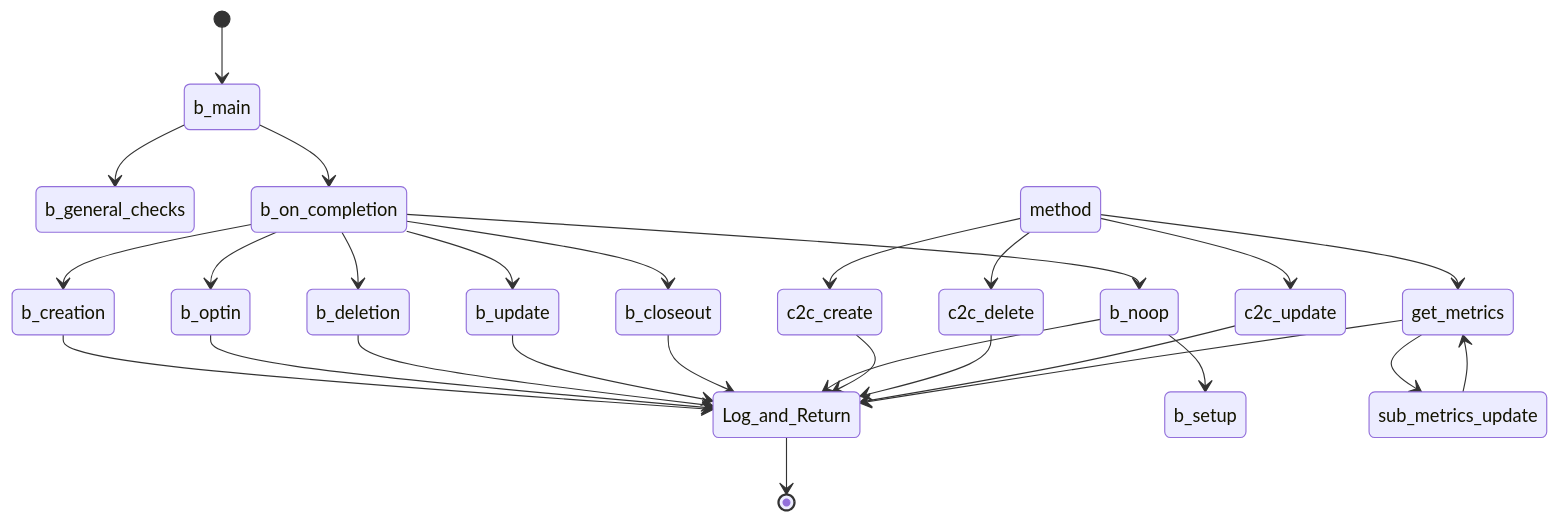
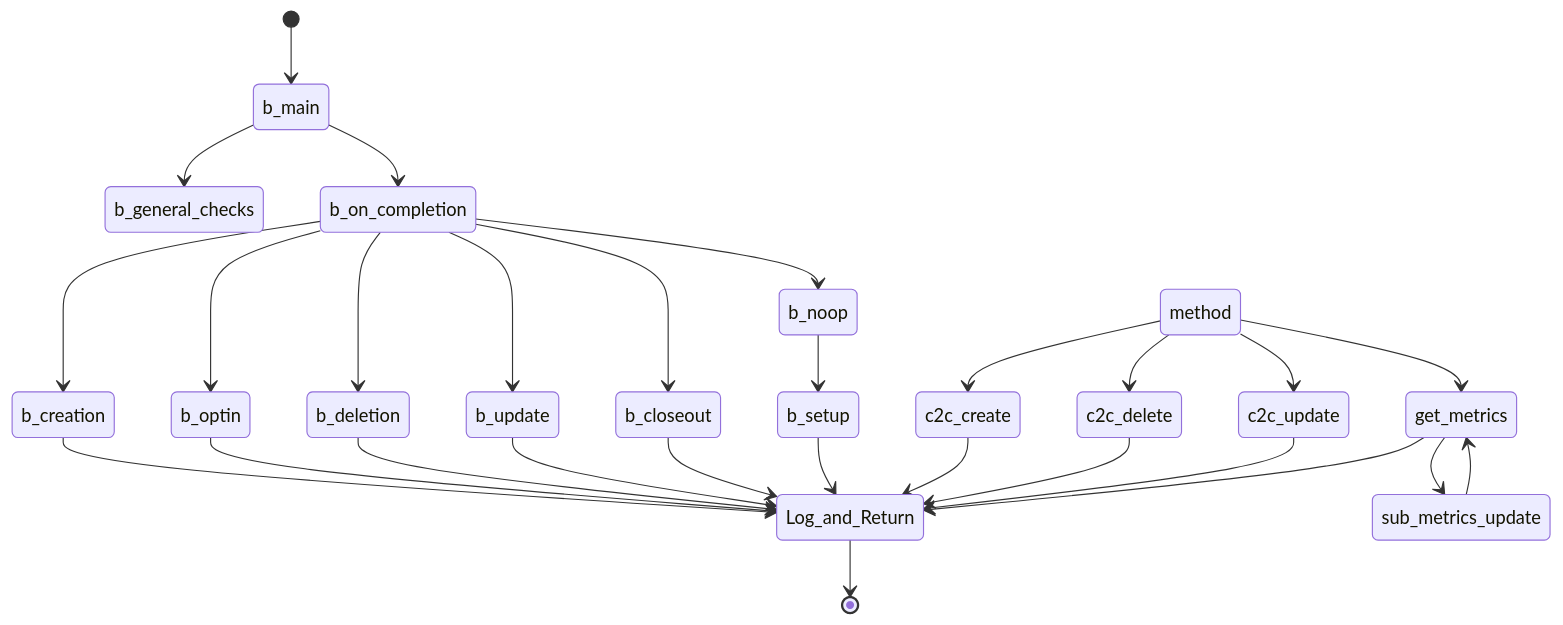
Before and after one commit to GoPlausible/.github: the seventh of 10 diagrams in profile/README.md, drawn with Mermaid.

````diff
--- a/profile/README.md
+++ b/profile/README.md
@@ -225,36 +225,36 @@
 ```mermaid
   stateDiagram-v2
     [*] --> b_main
     b_main --> b_general_checks
     b_main --> b_on_completion
     b_on_completion --> b_creation
     b_creation --> Log_and_Return
     b_on_completion --> b_optin
     b_optin --> Log_and_Return
     b_on_completion --> b_deletion
     b_deletion --> Log_and_Return
     b_on_completion --> b_update
     b_update --> Log_and_Return
     b_on_completion --> b_closeout
     b_closeout --> Log_and_Return
 
     b_on_completion --> b_noop
     b_noop --> b_setup
-    b_noop --> Log_and_Return
+    b_setup --> Log_and_Return
 
     method --> c2c_create
     c2c_create --> Log_and_Return
     method --> c2c_delete
     c2c_delete --> Log_and_Return
     method --> c2c_update
     c2c_update --> Log_and_Return
 
    
     method --> get_metrics
     get_metrics --> sub_metrics_update
     sub_metrics_update --> get_metrics
     get_metrics --> Log_and_Return
 
     Log_and_Return --> [*]
     
 ```
````
